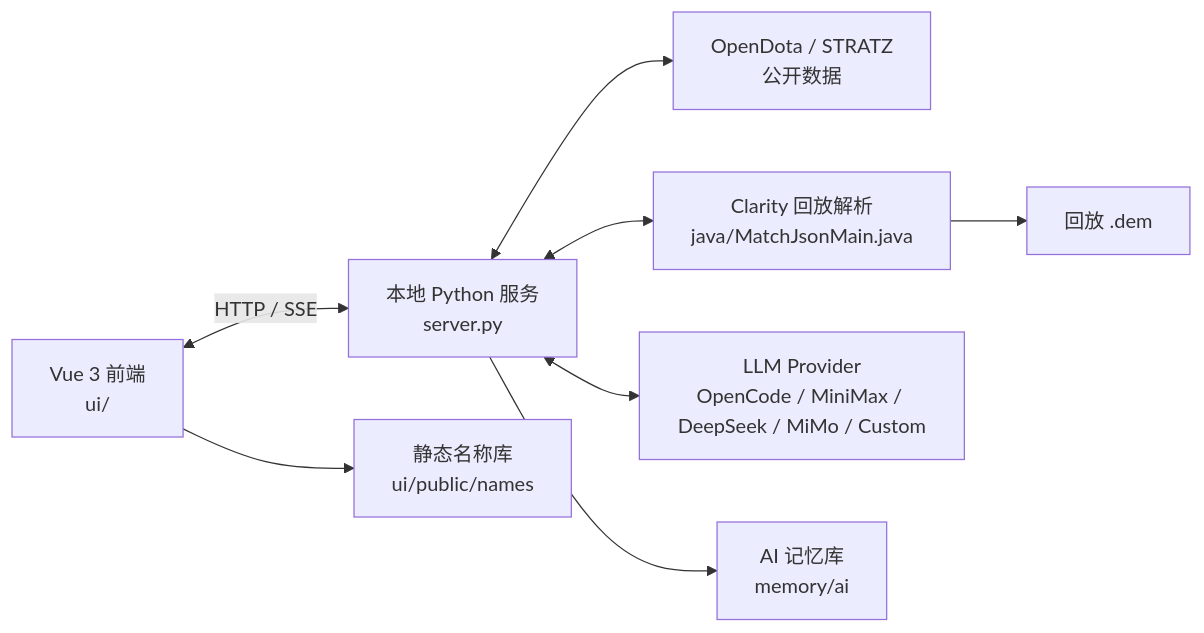
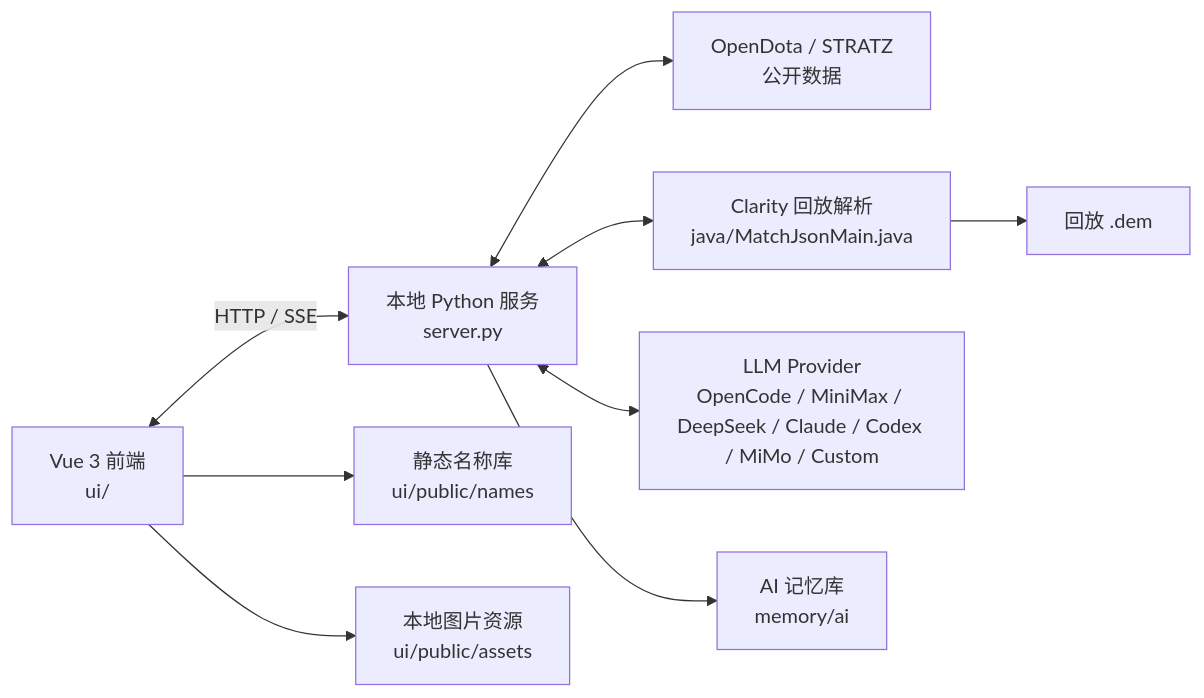
Before and after one commit to LiBaiQiYu/TrueSight: the diagram in README.md, drawn with Mermaid. The commit also changed other lines of this file and 6 other files, not shown here.

````diff
--- a/README.md
+++ b/README.md
@@ -134,10 +130,11 @@
 ```mermaid
 flowchart LR
   A["Vue 3 前端<br/>ui/"] <-->|HTTP / SSE| B["本地 Python 服务<br/>server.py"]
   B <--> C["OpenDota / STRATZ<br/>公开数据"]
   B <--> D["Clarity 回放解析<br/>java/MatchJsonMain.java"]
   D --> E["回放 .dem"]
-  B <--> F["LLM Provider<br/>OpenCode / MiniMax / DeepSeek / MiMo / Custom"]
+  B <--> F["LLM Provider<br/>OpenCode / MiniMax / DeepSeek / Claude / Codex / MiMo / Custom"]
   A --> G["静态名称库<br/>ui/public/names"]
+  A --> I["本地图片资源<br/>ui/public/assets"]
   B --> H["AI 记忆库<br/>memory/ai"]
 ```
````
